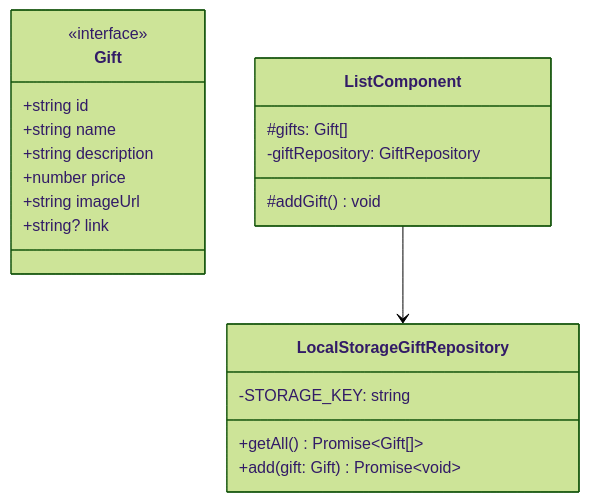
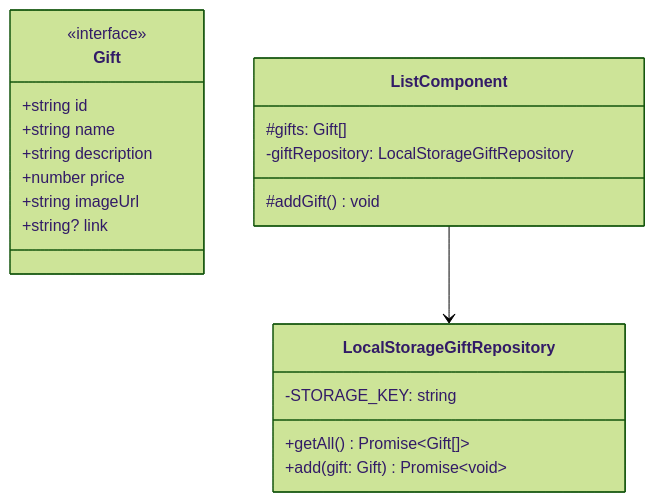
One commit to thedukegit/mygifts-frontend changed the diagram in class-diagram.md. Above: the diagram before and after it, drawn with Mermaid (forest theme).

Commit message:
fixed small mistake

````diff
--- a/class-diagram.md
+++ b/class-diagram.md
@@ -1,25 +1,25 @@
 ```mermaid
 classDiagram
   class Gift {
     <<interface>>
     +string id
     +string name
     +string description
     +number price
     +string imageUrl
     +string? link
   }
 
 class LocalStorageGiftRepository {
   -STORAGE_KEY: string
   +getAll() Promise~Gift[]~
   +add(gift: Gift) Promise~void~
 }
 
 class ListComponent {
   #gifts: Gift[]
-  -giftRepository: GiftRepository
+  -giftRepository: LocalStorageGiftRepository
   #addGift() void
 }
 ListComponent --> LocalStorageGiftRepository
 ```
````
